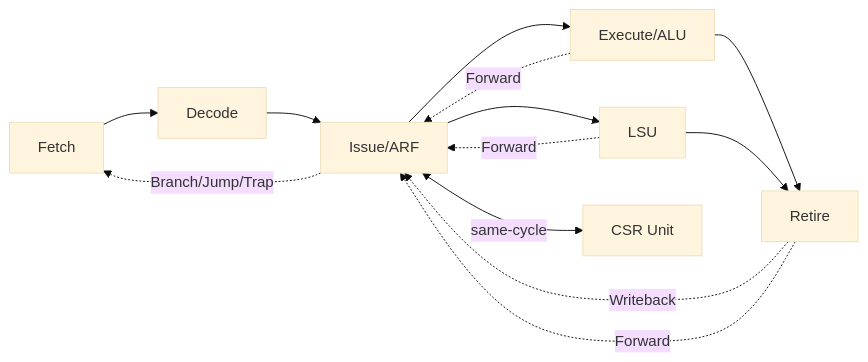
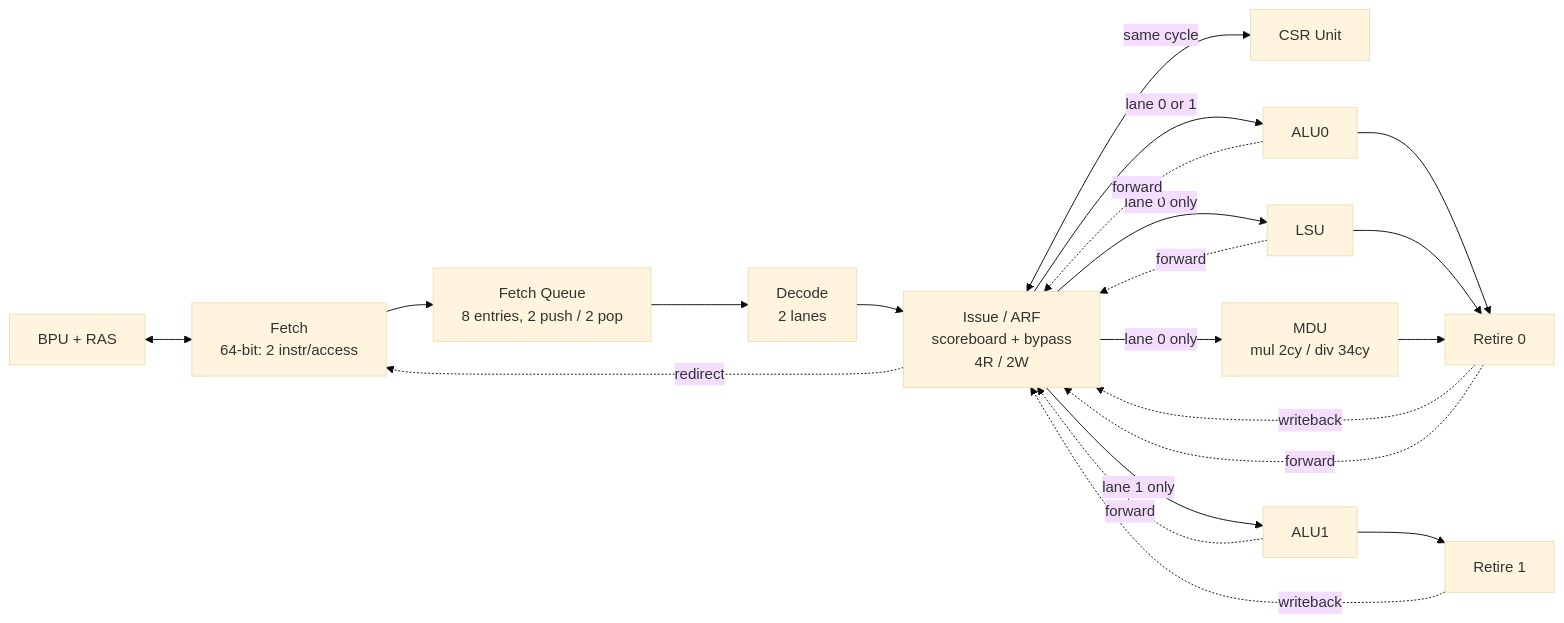
One commit to SudeepJoshi22/DHRUT-V changed the diagram in README.md. Above: the diagram before and after it, drawn with Mermaid (base theme). The commit also changed other lines of this file and 4 other files, not shown here.

First line of the commit message:
RV32M passes riscof 8/8: fix a bypass hit that masked a pending MDU write

````diff
--- a/README.md
+++ b/README.md
@@ -20,15 +28,26 @@
 ```mermaid
 graph LR
-    IF[Fetch] --> ID[Decode]
-    ID --> IS[Issue/ARF]
-    IS --> EX[Execute/ALU]
-    IS --> LSU[LSU]
-    IS <-->|same-cycle| CSR[CSR Unit]
-    EX --> RE[Retire]
-    LSU --> RE
-    RE -.->|Writeback| IS
-    RE -.->|Forward| IS
-    EX -.->|Forward| IS
-    LSU -.->|Forward| IS
-    IS -.->|Branch/Jump/Trap| IF
+    BPU[BPU + RAS] <--> IF
+    IF["Fetch<br/>64-bit: 2 instr/access"] --> FQ["Fetch Queue<br/>8 entries, 2 push / 2 pop"]
+    FQ --> ID["Decode<br/>2 lanes"]
+    ID --> IS["Issue / ARF<br/>scoreboard + bypass<br/>4R / 2W"]
+    IS <-->|same cycle| CSR[CSR Unit]
+
+    IS -->|lane 0 or 1| ALU0[ALU0]
+    IS -->|lane 1 only| ALU1[ALU1]
+    IS -->|lane 0 only| LSU[LSU]
+    IS -->|lane 0 only| MDU["MDU<br/>mul 2cy / div 34cy"]
+
+    ALU0 --> RE0[Retire 0]
+    LSU --> RE0
+    MDU --> RE0
+    ALU1 --> RE1[Retire 1]
+
+    RE0 -.->|writeback| IS
+    RE1 -.->|writeback| IS
+    ALU0 -.->|forward| IS
+    ALU1 -.->|forward| IS
+    LSU -.->|forward| IS
+    RE0 -.->|forward| IS
+    IS -.->|redirect| IF
 ```
````
